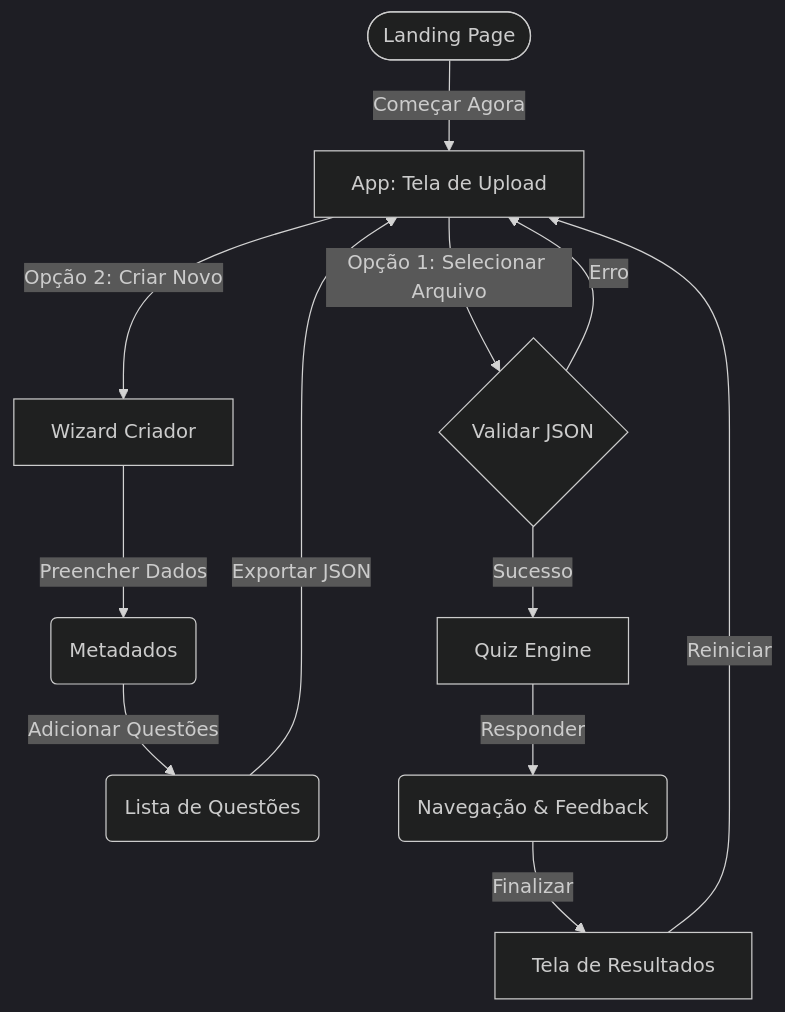
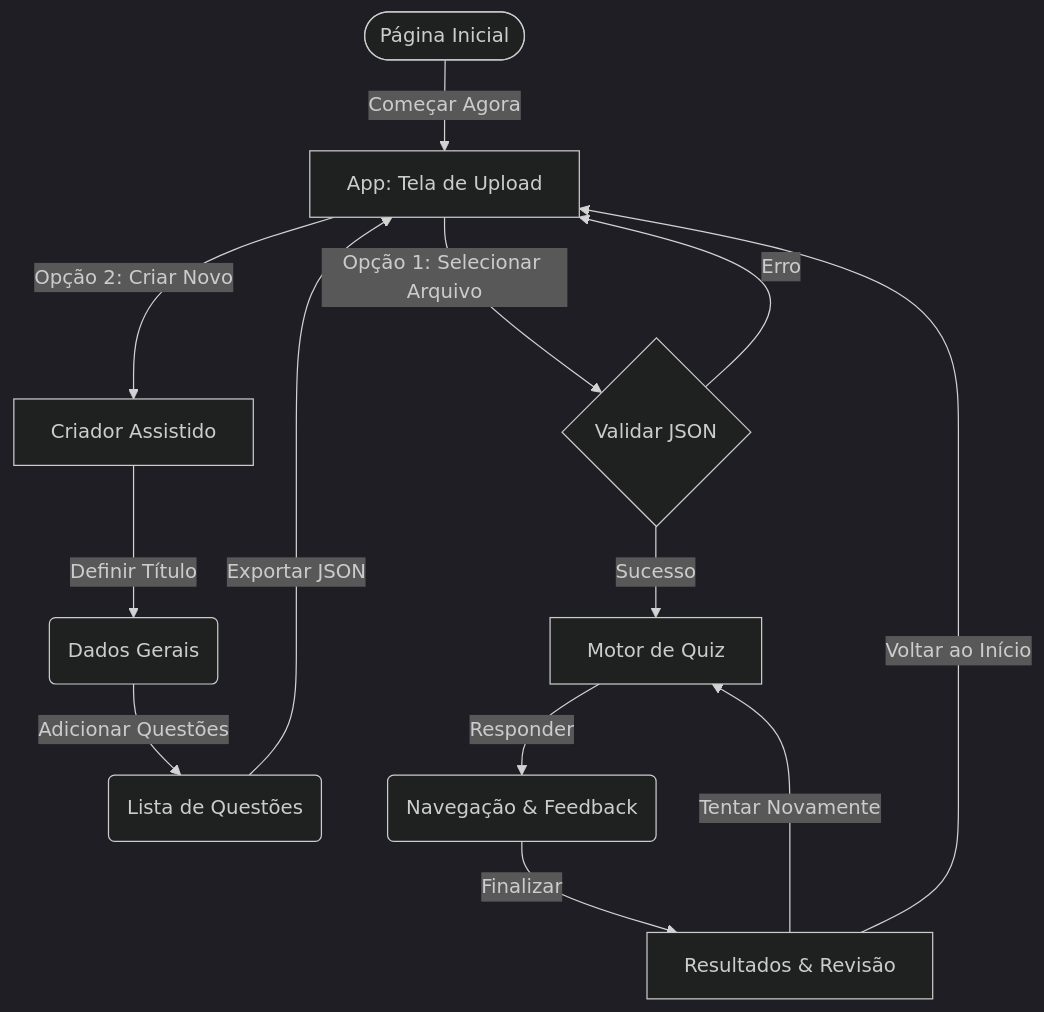
The first of 3 diagrams in README.md (DessimA/quizlab), drawn with Mermaid (dark theme) before and after one commit. The commit also changed other lines of this file, not shown here.

````diff
--- a/README.md
+++ b/README.md
@@ -25,19 +24,20 @@
 ```mermaid
 graph TD
-    A([Landing Page]) -->|Começar Agora| B[App: Tela de Upload]
+    A([Página Inicial]) -->|Começar Agora| B[App: Tela de Upload]
     
     B -->|Opção 1: Selecionar Arquivo| C{Validar JSON}
-    B -->|Opção 2: Criar Novo| D[Wizard Criador]
+    B -->|Opção 2: Criar Novo| D[Criador Assistido]
     
     C -->|Erro| B
-    C -->|Sucesso| E[Quiz Engine]
+    C -->|Sucesso| E[Motor de Quiz]
     
-    D -->|Preencher Dados| D1(Metadados)
+    D -->|Definir Título| D1(Dados Gerais)
     D1 -->|Adicionar Questões| D2(Lista de Questões)
     D2 -->|Exportar JSON| B
     
     E -->|Responder| E1(Navegação & Feedback)
-    E1 -->|Finalizar| F[Tela de Resultados]
+    E1 -->|Finalizar| F[Resultados & Revisão]
     
-    F -->|Reiniciar| B
+    F -->|Tentar Novamente| E
+    F -->|Voltar ao Início| B
 ```
````
